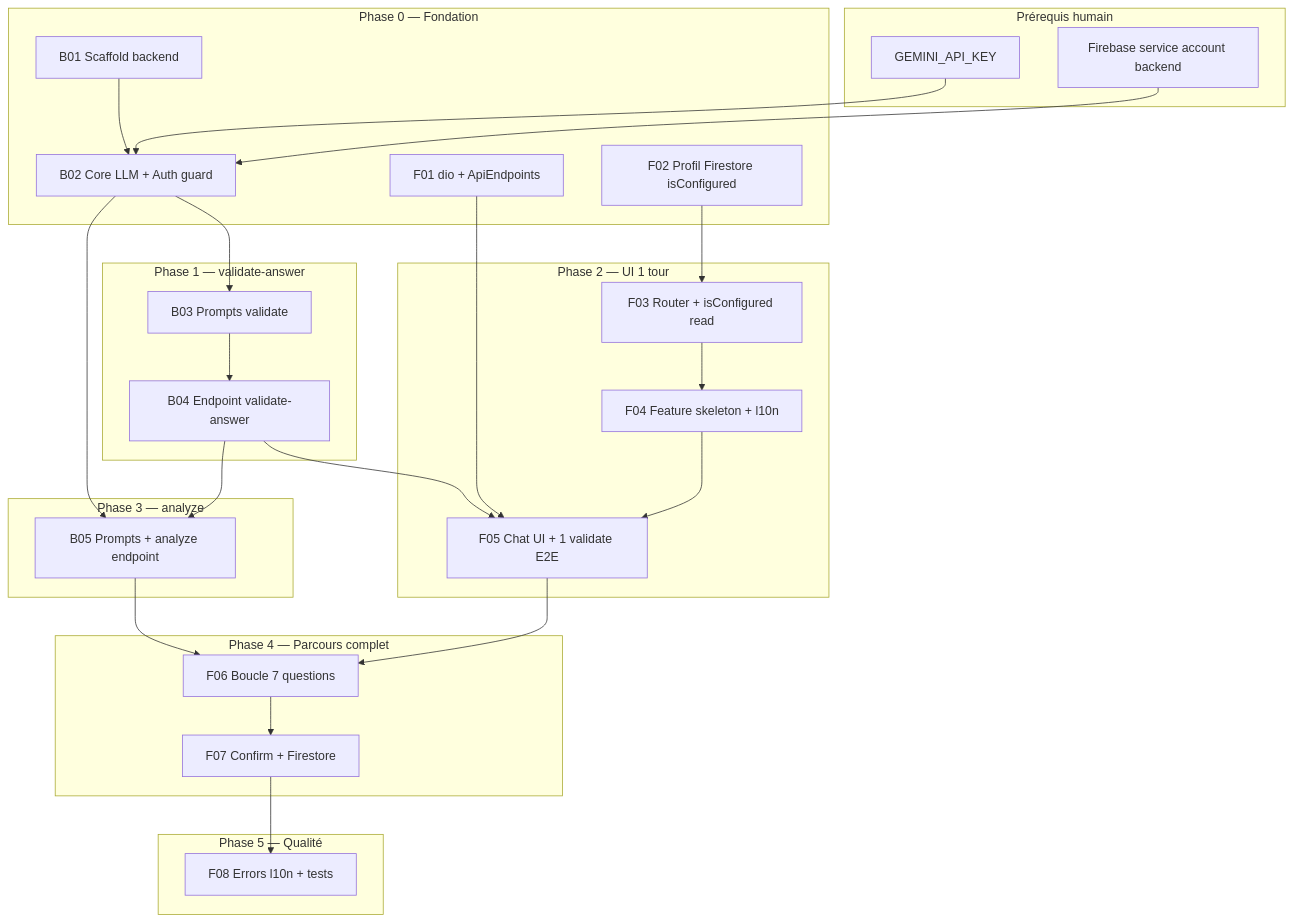
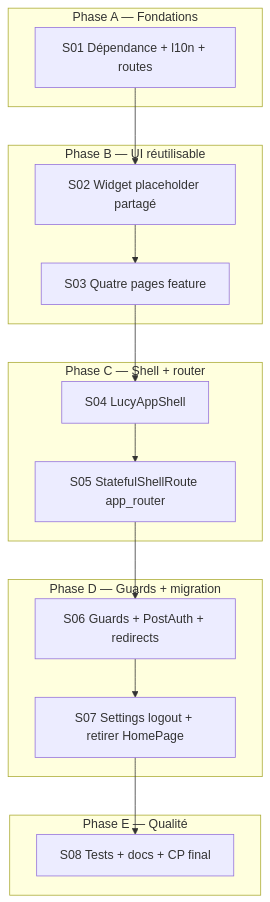
The diagram in tasks/plan.md (herman2003/lucy_frontend), drawn with Mermaid before and after one commit. The commit also changed other lines of this file and 35 other files, not shown here.

First line of the commit message:
feat(shell): navigation post-login à 4 onglets avec barre du bas

````diff
--- a/tasks/plan.md
+++ b/tasks/plan.md
@@ -39,52 +36,29 @@
 ```mermaid
 flowchart TB
-  subgraph prereq [Prérequis humain]
-    H1[GEMINI_API_KEY]
-    H2[Firebase service account backend]
+  subgraph phaseA [Phase A — Fondations]
+    S01[S01 Dépendance + l10n + routes]
   end
 
-  subgraph phase0 [Phase 0 — Fondation]
-    B01[B01 Scaffold backend]
-    B02[B02 Core LLM + Auth guard]
-    F01[F01 dio + ApiEndpoints]
-    F02[F02 Profil Firestore isConfigured]
+  subgraph phaseB [Phase B — UI réutilisable]
+    S02[S02 Widget placeholder partagé]
+    S03[S03 Quatre pages feature]
   end
 
-  subgraph phase1 [Phase 1 — validate-answer]
-    B03[B03 Prompts validate]
-    B04[B04 Endpoint validate-answer]
+  subgraph phaseC [Phase C — Shell + router]
+    S04[S04 LucyAppShell]
+    S05[S05 StatefulShellRoute app_router]
   end
 
-  subgraph phase2 [Phase 2 — UI 1 tour]
-    F03[F03 Router + isConfigured read]
-    F04[F04 Feature skeleton + l10n]
-    F05[F05 Chat UI + 1 validate E2E]
+  subgraph phaseD [Phase D — Guards + migration]
+    S06[S06 Guards + PostAuth + redirects]
+    S07[S07 Settings logout + retirer HomePage]
   end
 
-  subgraph phase3 [Phase 3 — analyze]
-    B05[B05 Prompts + analyze endpoint]
+  subgraph phaseE [Phase E — Qualité]
+    S08[S08 Tests + docs + CP final]
   end
 
-  subgraph phase4 [Phase 4 — Parcours complet]
-    F06[F06 Boucle 7 questions]
-    F07[F07 Confirm + Firestore]
-  end
-
-  subgraph phase5 [Phase 5 — Qualité]
-    F08[F08 Errors l10n + tests]
-  end
-
-  H1 --> B02
-  H2 --> B02
-  B01 --> B02
-  B02 --> B03 --> B04
-  F01 --> F05
-  F02 --> F03 --> F04 --> F05
-  B04 --> F05
-  B02 --> B05
-  B04 --> B05
-  F05 --> F06
-  B05 --> F06
-  F06 --> F07
-  F07 --> F08
+  S01 --> S02 --> S03
+  S03 --> S04 --> S05
+  S05 --> S06 --> S07 --> S08
 ```
````
